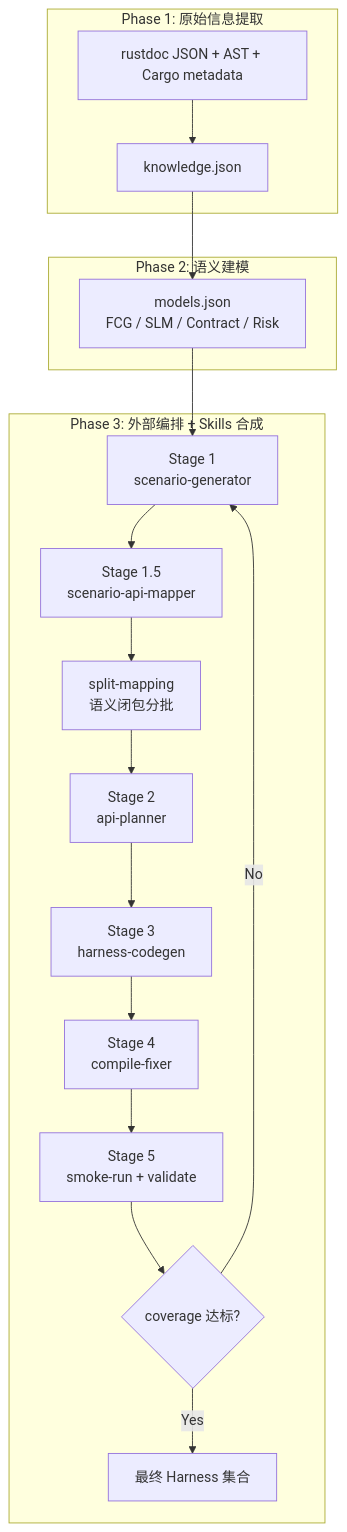
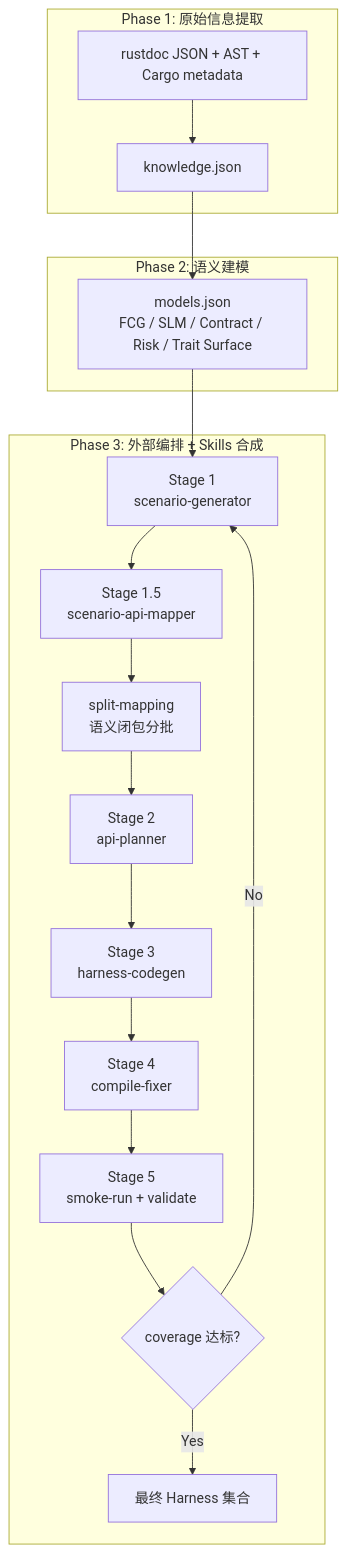
One commit to cuiwenhao123/SERAPH changed the diagram in semantic_harness_agent_design_v5.md. Above: the diagram before and after it, drawn with Mermaid. The commit also changed other lines of this file and 8 other files, not shown here.

Commit message:
feat: add phase2 trait surface map

````diff
--- a/semantic_harness_agent_design_v5.md
+++ b/semantic_harness_agent_design_v5.md
@@ -171,23 +171,23 @@
 ```mermaid
 flowchart TD
     subgraph Phase1["Phase 1: 原始信息提取"]
         A["rustdoc JSON + AST + Cargo metadata"] --> K["knowledge.json"]
     end
 
     subgraph Phase2["Phase 2: 语义建模"]
-        K --> M["models.json<br/>FCG / SLM / Contract / Risk"]
+        K --> M["models.json<br/>FCG / SLM / Contract / Risk / Trait Surface"]
     end
 
     subgraph Phase3["Phase 3: 外部编排 + Skills 合成"]
         M --> S1["Stage 1<br/>scenario-generator"]
         S1 --> S15["Stage 1.5<br/>scenario-api-mapper"]
         S15 --> SPLIT["split-mapping<br/>语义闭包分批"]
         SPLIT --> S2["Stage 2<br/>api-planner"]
         S2 --> S3["Stage 3<br/>harness-codegen"]
         S3 --> S4["Stage 4<br/>compile-fixer"]
         S4 --> S5["Stage 5<br/>smoke-run + validate"]
         S5 --> COV{"coverage 达标?"}
         COV -->|"No"| S1
         COV -->|"Yes"| OUT["最终 Harness 集合"]
     end
 ```
````
